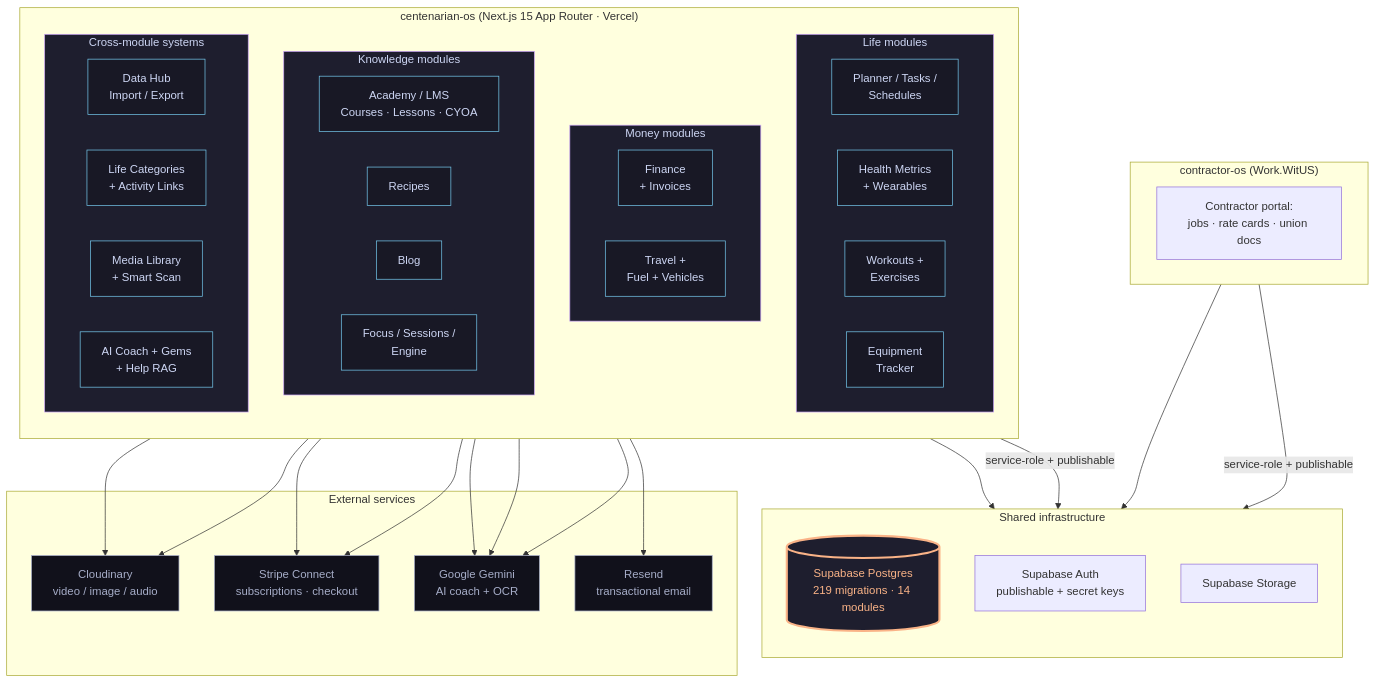
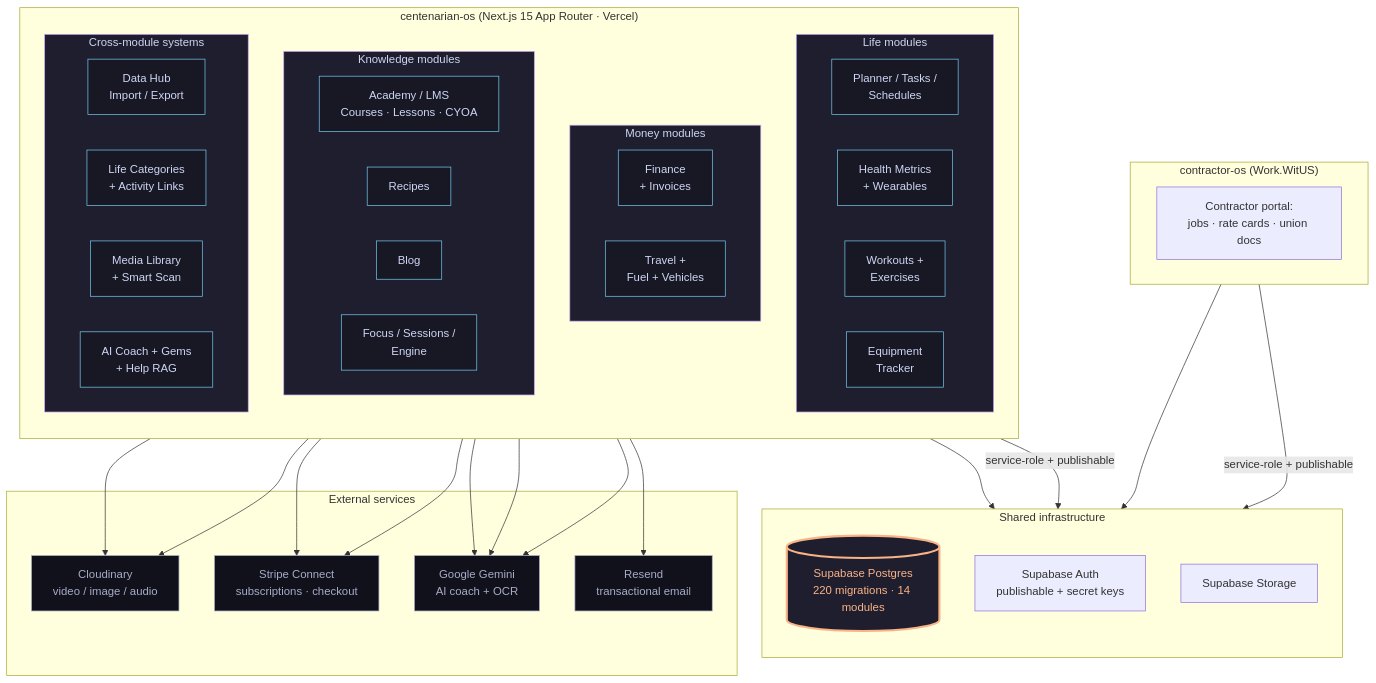
The first of 2 diagrams in ARCHITECTURE.md (dapperAuteur/centenarian-os), drawn with Mermaid before and after one commit. The commit also changed 9 other files, not shown here.

````diff
--- a/ARCHITECTURE.md
+++ b/ARCHITECTURE.md
@@ -14,76 +14,76 @@
 ```mermaid
 flowchart TB
   classDef shell fill:#1e1e2e,stroke:#cba6f7,color:#cdd6f4
   classDef module fill:#181825,stroke:#74c7ec,color:#cdd6f4
   classDef shared fill:#1e1e2e,stroke:#fab387,color:#fab387,stroke-width:3px
   classDef external fill:#11111b,stroke:#a6adc8,color:#a6adc8
 
   subgraph CentOS["centenarian-os (Next.js 15 App Router · Vercel)"]
     direction TB
 
     subgraph Life["Life modules"]
       direction LR
       Planner[Planner / Tasks /<br/>Schedules]
       Health[Health Metrics<br/>+ Wearables]
       Workouts[Workouts +<br/>Exercises]
       Equipment[Equipment<br/>Tracker]
     end
 
     subgraph Money["Money modules"]
       direction LR
       Finance[Finance<br/>+ Invoices]
       Travel[Travel +<br/>Fuel + Vehicles]
     end
 
     subgraph Knowledge["Knowledge modules"]
       direction LR
       Academy[Academy / LMS<br/>Courses · Lessons · CYOA]
       Recipes[Recipes]
       Blog[Blog]
       Focus[Focus / Sessions /<br/>Engine]
     end
 
     subgraph Cross["Cross-module systems"]
       direction LR
       DataHub[Data Hub<br/>Import / Export]
       Categories[Life Categories<br/>+ Activity Links]
       MediaLib[Media Library<br/>+ Smart Scan]
       Coach[AI Coach + Gems<br/>+ Help RAG]
     end
   end
 
   subgraph Shared["Shared infrastructure"]
     direction TB
-    Supabase[(Supabase Postgres<br/>219 migrations · 14 modules)]:::shared
+    Supabase[(Supabase Postgres<br/>220 migrations · 14 modules)]:::shared
     SupaAuth[Supabase Auth<br/>publishable + secret keys]
     SupaStorage[Supabase Storage]
   end
 
   subgraph Sibling["contractor-os (Work.WitUS)"]
     Contractor[Contractor portal:<br/>jobs · rate cards · union docs]
   end
 
   subgraph External["External services"]
     Cloudinary[Cloudinary<br/>video / image / audio]
     Stripe[Stripe Connect<br/>subscriptions · checkout]
     Gemini[Google Gemini<br/>AI coach + OCR]
     Resend[Resend<br/>transactional email]
   end
 
   CentOS -->|service-role + publishable| Supabase
   Sibling -->|service-role + publishable| Supabase
   CentOS --> SupaAuth
   Sibling --> SupaAuth
   CentOS --> Cloudinary
   CentOS --> Stripe
   CentOS --> Gemini
   CentOS --> Resend
   Coach --> Gemini
   MediaLib --> Cloudinary
   MediaLib --> Gemini
   Finance --> Stripe
 
   class Life,Money,Knowledge,Cross shell
   class Planner,Health,Workouts,Equipment,Finance,Travel,Academy,Recipes,Blog,Focus,DataHub,Categories,MediaLib,Coach module
   class Cloudinary,Stripe,Gemini,Resend external
 ```
````
